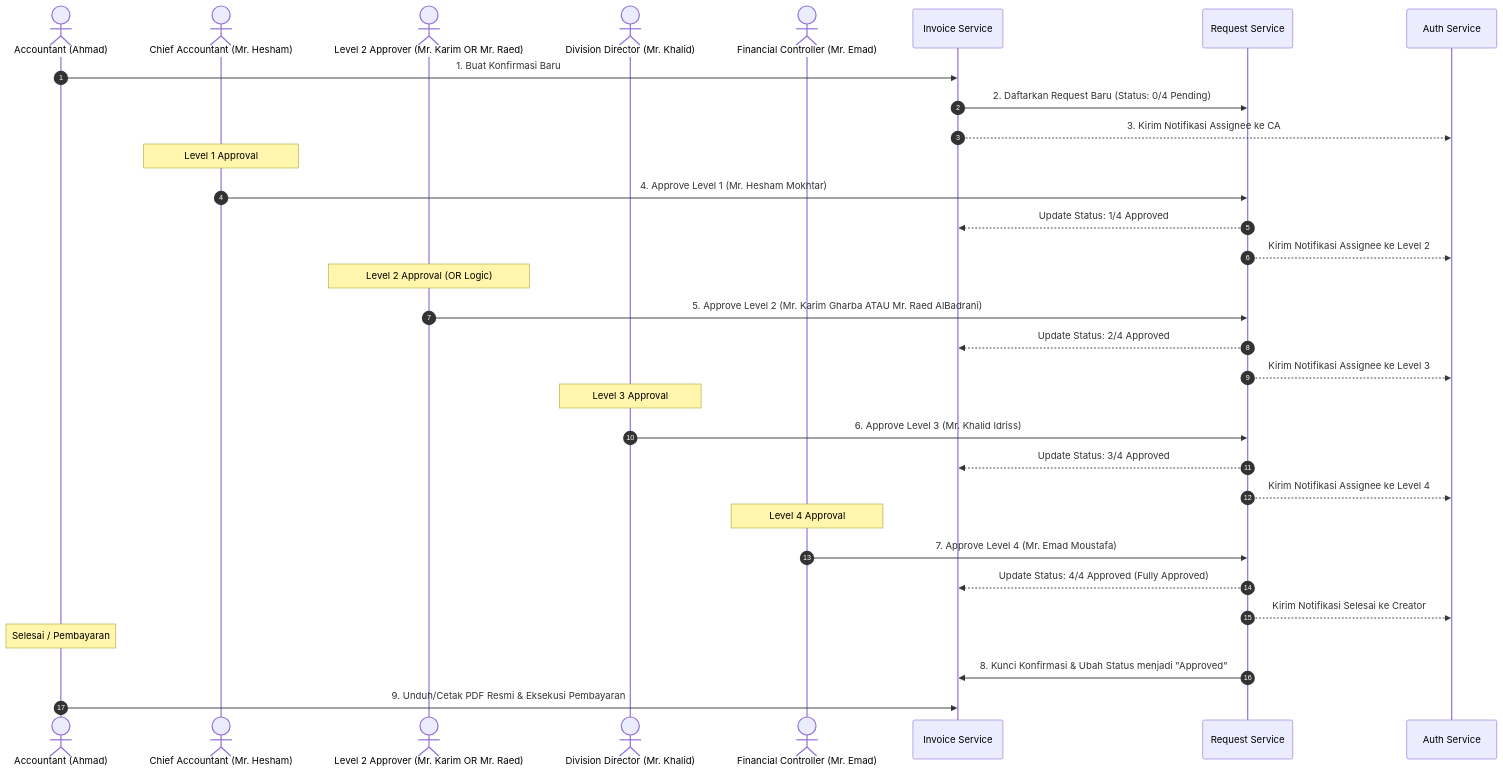
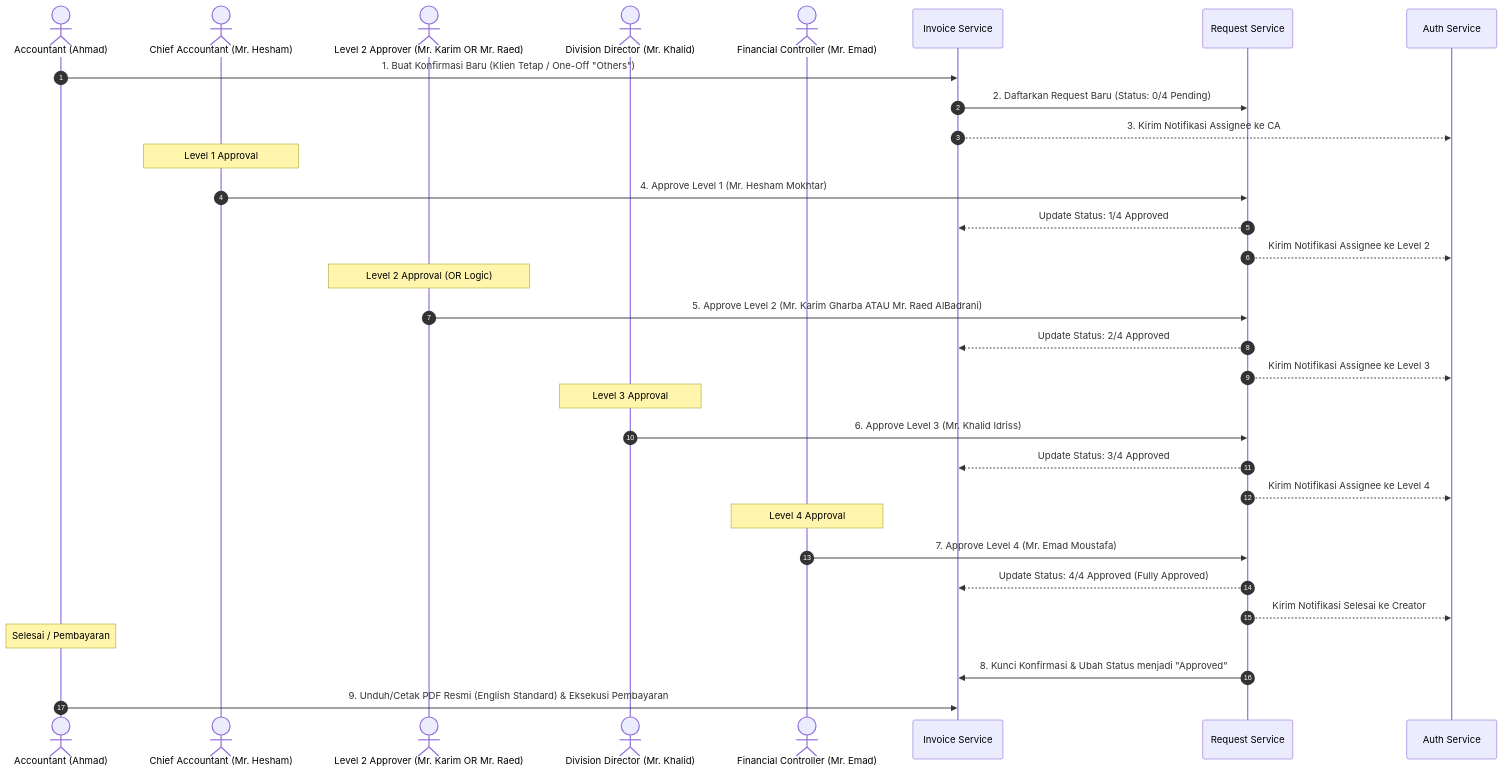
Before and after one commit to dimasalvarizk/finance-system: the second of 2 diagrams in README.md, drawn with Mermaid. The commit also changed other lines of this file and 39 other files, not shown here.

Commit message:
feat(settings): complete Indonesian localization across Settings, modals, and tables; implement confirmation email flow

````diff
--- a/README.md
+++ b/README.md
@@ -138,37 +153,37 @@
 ```mermaid
 sequenceDiagram
     autonumber
     actor Accountant as Accountant (Ahmad)
     actor CA as Chief Accountant (Mr. Hesham)
     actor L2 as Level 2 Approver (Mr. Karim OR Mr. Raed)
     actor DD as Division Director (Mr. Khalid)
     actor FC as Financial Controller (Mr. Emad)
 
-    Accountant->>Invoice Service: 1. Buat Konfirmasi Baru
+    Accountant->>Invoice Service: 1. Buat Konfirmasi Baru (Klien Tetap / One-Off "Others")
     Invoice Service->>Request Service: 2. Daftarkan Request Baru (Status: 0/4 Pending)
     Invoice Service-->>Auth Service: 3. Kirim Notifikasi Assignee ke CA
     
     Note over CA: Level 1 Approval
     CA->>Request Service: 4. Approve Level 1 (Mr. Hesham Mokhtar)
     Request Service-->>Invoice Service: Update Status: 1/4 Approved
     Request Service-->>Auth Service: Kirim Notifikasi Assignee ke Level 2
 
     Note over L2: Level 2 Approval (OR Logic)
     L2->>Request Service: 5. Approve Level 2 (Mr. Karim Gharba ATAU Mr. Raed AlBadrani)
     Request Service-->>Invoice Service: Update Status: 2/4 Approved
     Request Service-->>Auth Service: Kirim Notifikasi Assignee ke Level 3
 
     Note over DD: Level 3 Approval
     DD->>Request Service: 6. Approve Level 3 (Mr. Khalid Idriss)
     Request Service-->>Invoice Service: Update Status: 3/4 Approved
     Request Service-->>Auth Service: Kirim Notifikasi Assignee ke Level 4
 
     Note over FC: Level 4 Approval
     FC->>Request Service: 7. Approve Level 4 (Mr. Emad Moustafa)
     Request Service-->>Invoice Service: Update Status: 4/4 Approved (Fully Approved)
     Request Service-->>Auth Service: Kirim Notifikasi Selesai ke Creator
     
     Note over Accountant: Selesai / Pembayaran
     Request Service->>Invoice Service: 8. Kunci Konfirmasi & Ubah Status menjadi "Approved"
-    Accountant->>Invoice Service: 9. Unduh/Cetak PDF Resmi & Eksekusi Pembayaran
+    Accountant->>Invoice Service: 9. Unduh/Cetak PDF Resmi (English Standard) & Eksekusi Pembayaran
 ```
````
